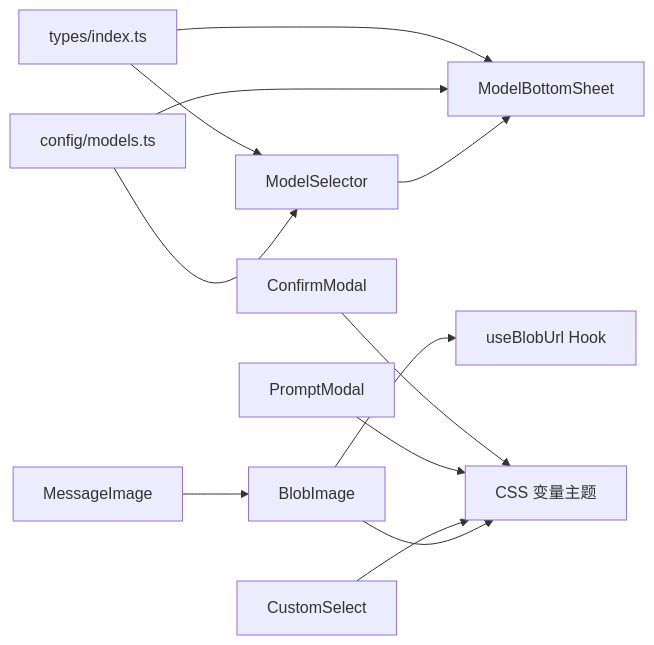
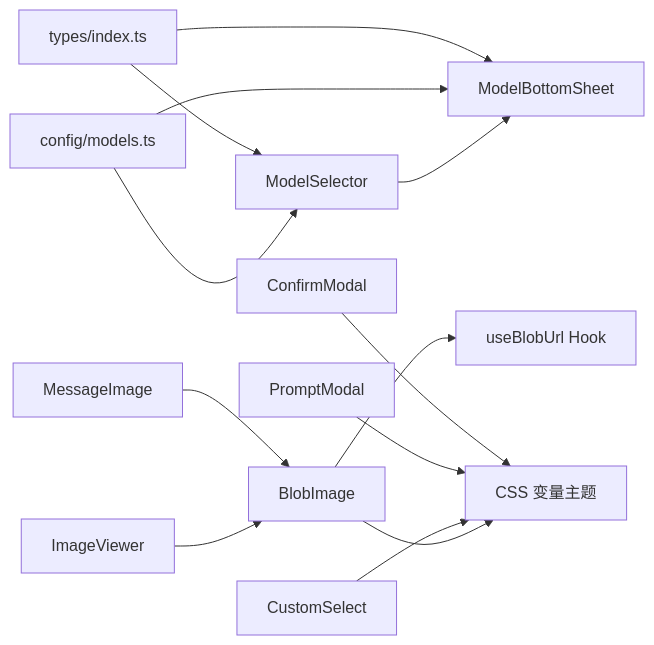
The third of 3 diagrams in .qoder/repowiki/zh/content/架构设计/组件架构设计/通用组件库.md (billye220670/AIShop), drawn with Mermaid before and after one commit. The commit also changed other lines of this file and 40 other files, not shown here.

````diff
--- a/.qoder/repowiki/zh/content/架构设计/组件架构设计/通用组件库.md
+++ b/.qoder/repowiki/zh/content/架构设计/组件架构设计/通用组件库.md
@@ -298,14 +350,15 @@
 ```mermaid
 graph LR
 Types["types/index.ts"] --> MS["ModelSelector"]
 Types --> MBS["ModelBottomSheet"]
 Models["config/models.ts"] --> MS
 Models --> MBS
 MS --> MBS
 CM["ConfirmModal"] --> Styles["CSS 变量主题"]
 PM["PromptModal"] --> Styles
 CS["CustomSelect"] --> Styles
 BI["BlobImage"] --> Hooks["useBlobUrl Hook"]
 MI["MessageImage"] --> BI
+IV["ImageViewer"] --> BI
 BI --> Styles
 ```
````
